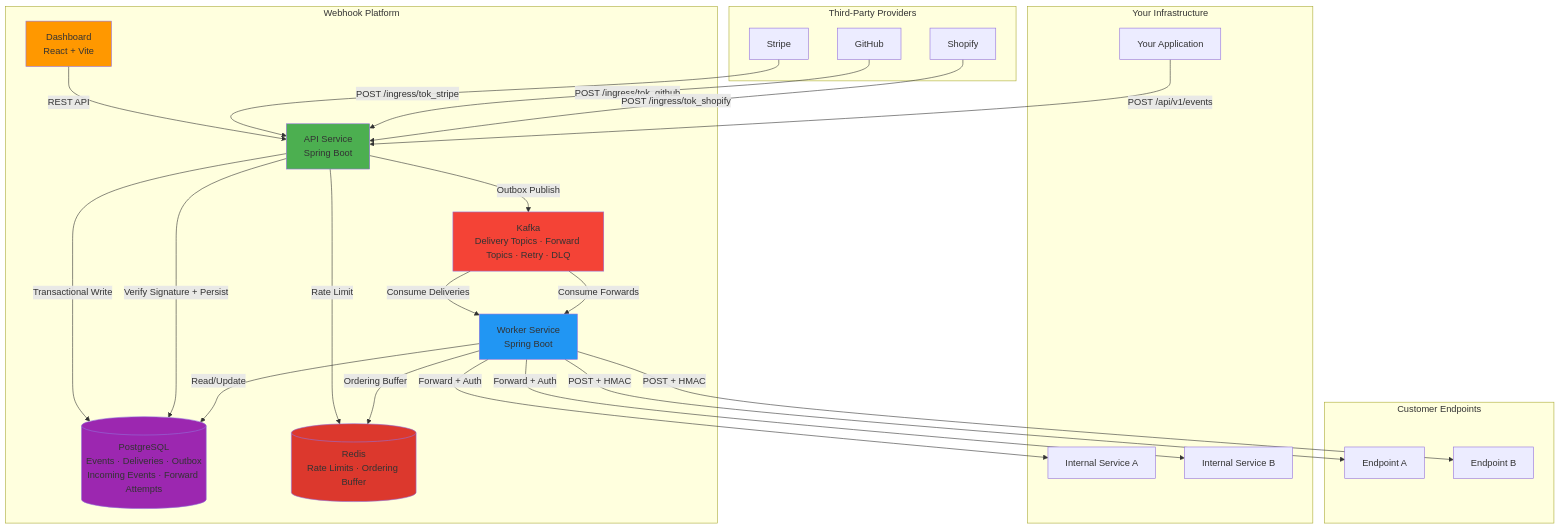
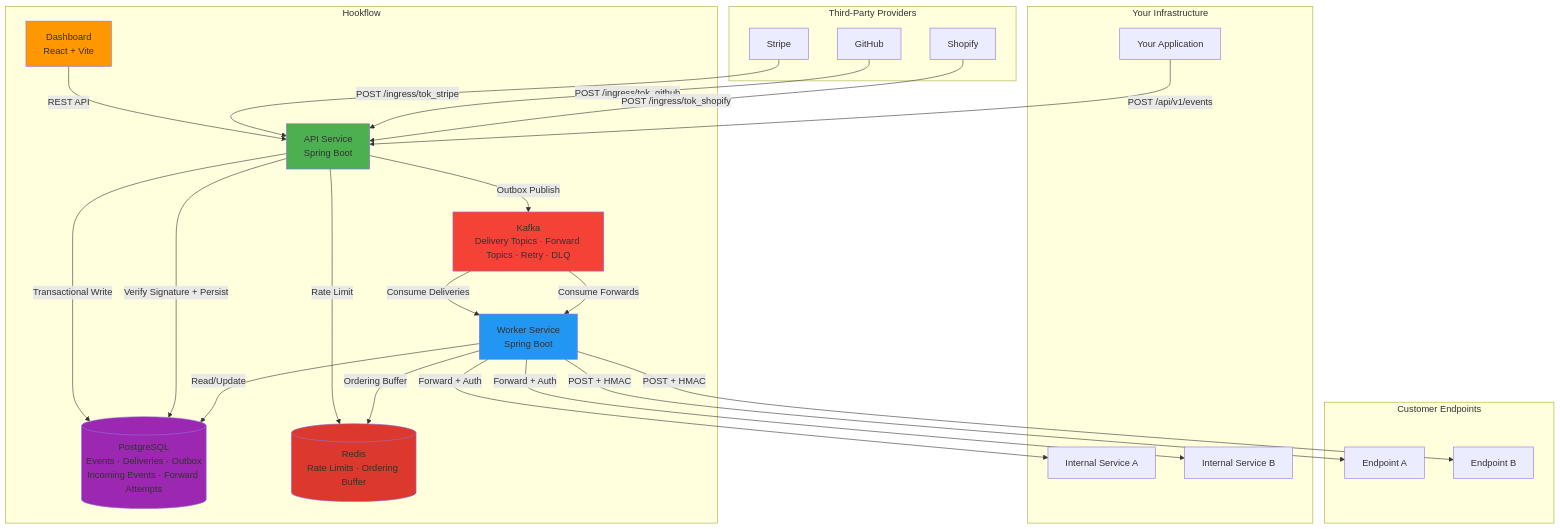
One commit to vadymkykalo/webhook-platform changed the first of 3 diagrams in README.md. Above: the diagram before and after it, drawn with Mermaid. The commit also changed other lines of this file, not shown here.

````diff
--- a/README.md
+++ b/README.md
@@ -84,55 +84,55 @@
 ```mermaid
 graph TB
     subgraph "Third-Party Providers"
         Stripe[Stripe]
         GitHub[GitHub]
         Shopify[Shopify]
     end
 
     subgraph "Your Infrastructure"
         App[Your Application]
         Svc1[Internal Service A]
         Svc2[Internal Service B]
     end
     
-    subgraph "Webhook Platform"
+    subgraph "Hookflow"
         UI[Dashboard<br/>React + Vite]
         API[API Service<br/>Spring Boot]
         DB[(PostgreSQL<br/>Events · Deliveries · Outbox<br/>Incoming Events · Forward Attempts)]
         Redis[(Redis<br/>Rate Limits · Ordering Buffer)]
         Kafka[Kafka<br/>Delivery Topics · Forward Topics · Retry · DLQ]
         Worker[Worker Service<br/>Spring Boot]
     end
     
     subgraph "Customer Endpoints"
         EP1[Endpoint A]
         EP2[Endpoint B]
     end
     
     App -->|POST /api/v1/events| API
     UI  -->|REST API| API
     API -->|Transactional Write| DB
     API -->|Outbox Publish| Kafka
     Kafka -->|Consume Deliveries| Worker
     Worker -->|POST + HMAC| EP1
     Worker -->|POST + HMAC| EP2
     
     Stripe -->|POST /ingress/tok_stripe| API
     GitHub -->|POST /ingress/tok_github| API
     Shopify -->|POST /ingress/tok_shopify| API
     API -->|Verify Signature + Persist| DB
     Kafka -->|Consume Forwards| Worker
     Worker -->|Forward + Auth| Svc1
     Worker -->|Forward + Auth| Svc2
     
     API -->|Rate Limit| Redis
     Worker -->|Read/Update| DB
     Worker -->|Ordering Buffer| Redis
     
     style API fill:#4CAF50
     style Worker fill:#2196F3
     style UI fill:#FF9800
     style DB fill:#9C27B0
     style Kafka fill:#F44336
     style Redis fill:#DC382D
 ```
````
